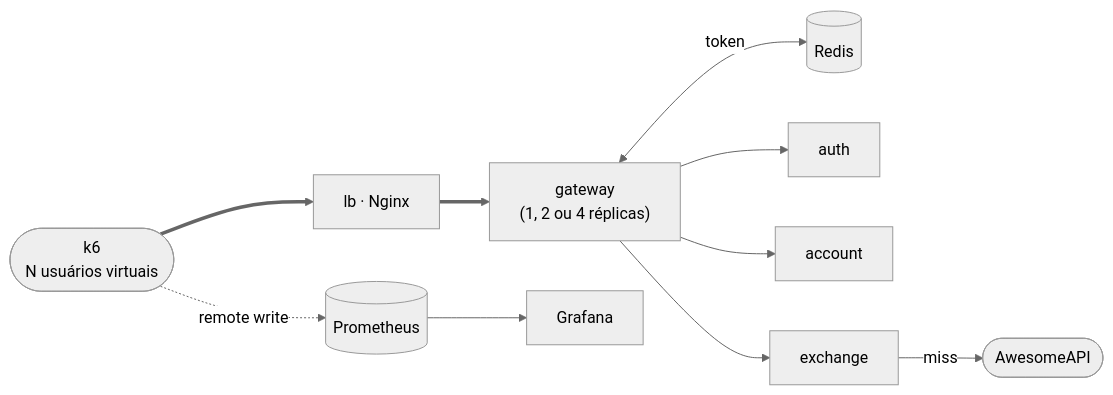
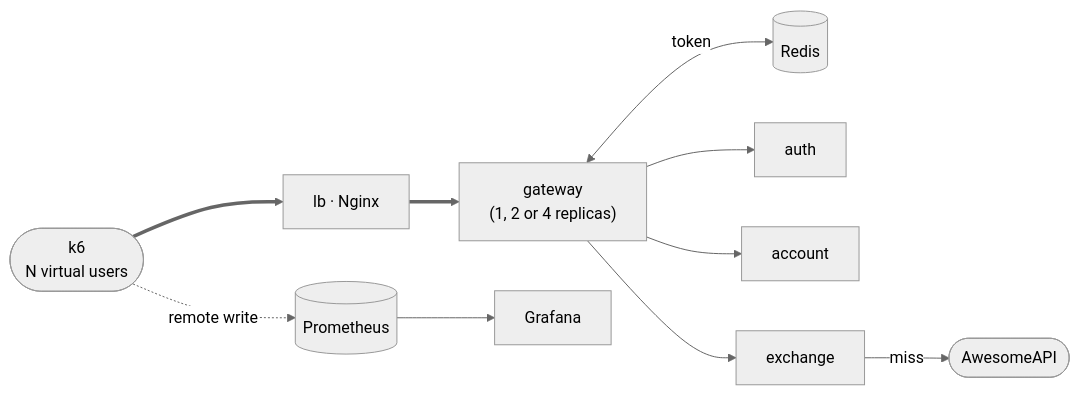
One commit to pna26/platform changed the first of 2 diagrams in docs/devops/load-testing.md. Above: the diagram before and after it, drawn with Mermaid (neutral theme). The commit also changed other lines of this file and 55 other files, not shown here.

````diff
--- a/docs/devops/load-testing.md
+++ b/docs/devops/load-testing.md
@@ -13,8 +13,8 @@
 ``` mermaid
 flowchart LR
-    k6([k6<br/>N usuários virtuais]) ==> lb[lb · Nginx] ==> gw["gateway<br/>(1, 2 ou 4 réplicas)"]
+    k6([k6<br/>N virtual users]) ==> lb[lb · Nginx] ==> gw["gateway<br/>(1, 2 or 4 replicas)"]
     gw <-->|token| redis[(Redis)]
     gw --> auth & account & exchange
     exchange -->|miss| api([AwesomeAPI])
     k6 -.->|remote write| prom[(Prometheus)] --> graf[Grafana]
 ```
````
